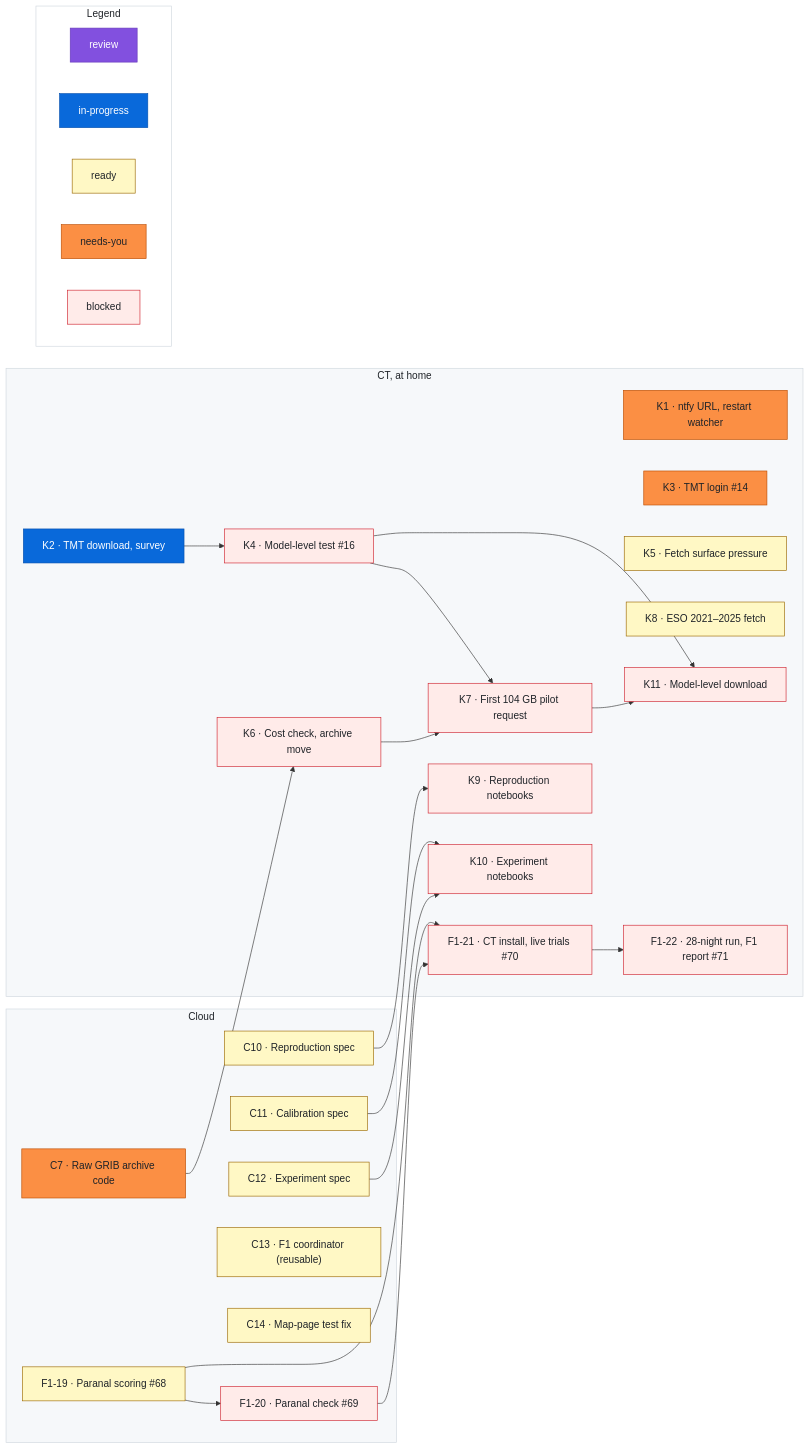
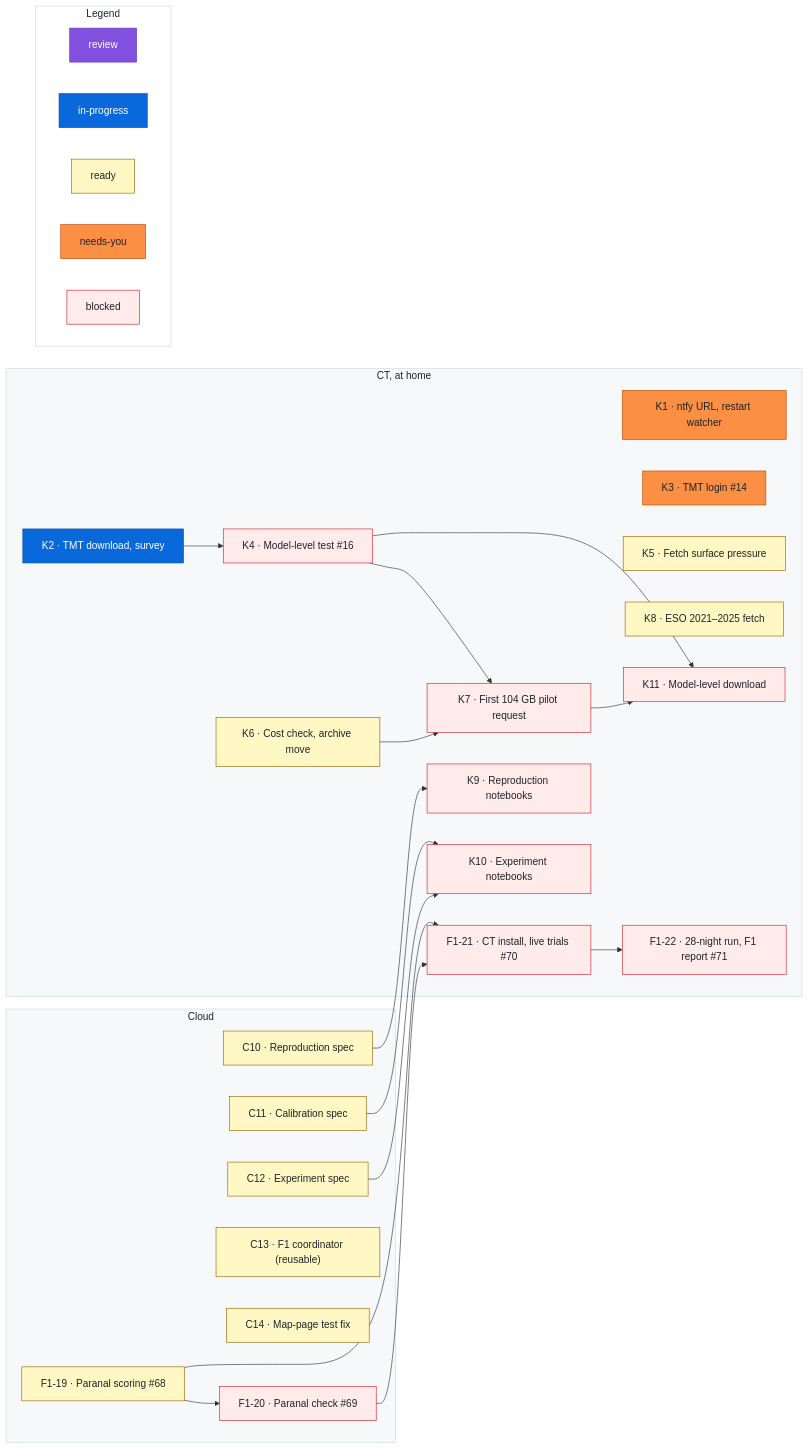
Before and after one commit to rrweller/Astro-seeing: the diagram in docs/roadmap.md, drawn with Mermaid. The commit also changed other lines of this file, not shown here.

First line of the commit message:
roadmap: sweep (remove C7 (#105 merged); K6 ready)

````diff
--- a/docs/roadmap.md
+++ b/docs/roadmap.md
@@ -67,7 +65,6 @@
 ```mermaid
 flowchart LR
   subgraph cloud["Cloud"]
-    C7["C7 · Raw GRIB archive code"]
     C10["C10 · Reproduction spec"]
     C11["C11 · Calibration spec"]
     C12["C12 · Experiment spec"]
@@ -96,7 +93,7 @@
   F1_20 --> F1_21
   F1_21 --> F1_22
   K2 --> K4 --> K7
-  C7 --> K6 --> K7
+  K6 --> K7
   C10 --> K9
   C12 --> K10
   C11 --> K10
@@ -119,8 +116,6 @@
   classDef needsyou fill:#fb8f44,stroke:#bc4c00,color:#1f2328
   classDef blocked fill:#ffebe9,stroke:#cf222e,color:#1f2328
   %% Status lines: one per item, each followed by a `%% ---` spacer. Sessions change only the last word.
-  class C7 needsyou
-  %% ---
   class C10 ready
   %% ---
   class C11 ready
@@ -149,7 +144,7 @@
   %% ---
   class K5 ready
   %% ---
-  class K6 blocked
+  class K6 ready
   %% ---
   class K7 blocked
   %% ---
````
